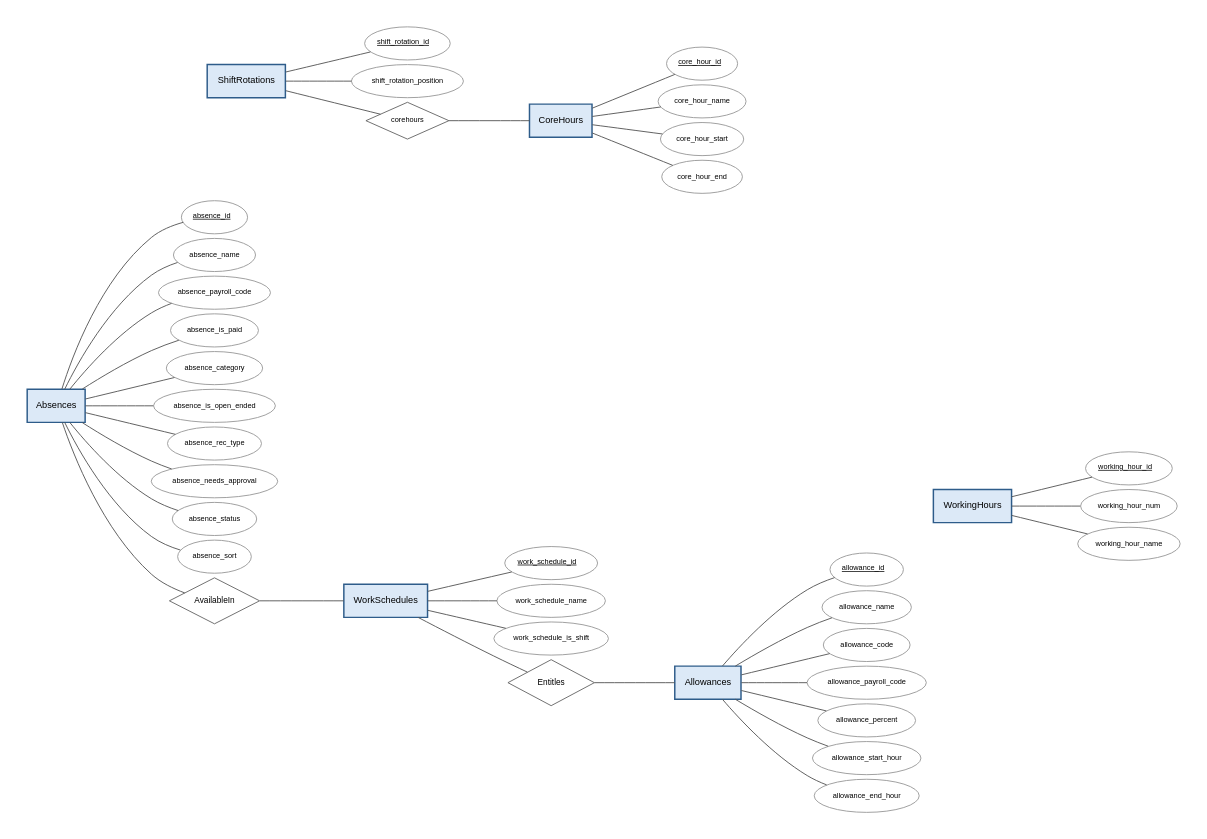
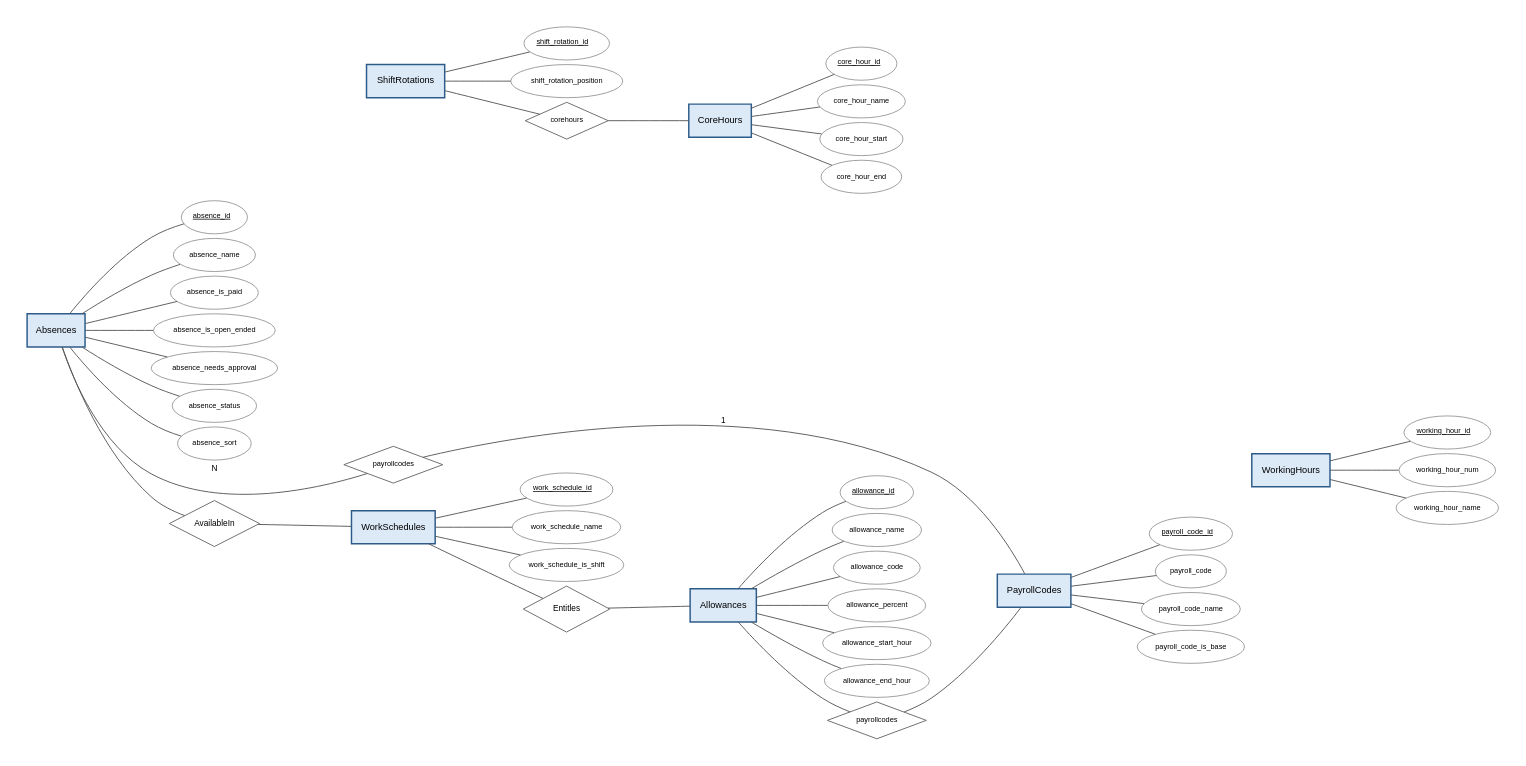
One commit to mbodigit/time_tracking_system_prototype changed the diagram in docs/diagram/er-2-munkaido-parameterek.dot. Above: the diagram before and after it, drawn with Graphviz. The commit also changed 39 other files, not shown here.

```diff
--- a/docs/diagram/er-2-munkaido-parameterek.dot
+++ b/docs/diagram/er-2-munkaido-parameterek.dot
@@ -1,85 +1,92 @@
 graph ER {
   fontname="Helvetica";
   graph [rankdir=LR, splines=spline, nodesep=0.3, ranksep=1.0, pack=true, packmode=array, bgcolor="white", pad=0.3];
   node [fontname="Helvetica", fontsize=10];
   edge [fontname="Helvetica", fontsize=9, color="#555555"];
 
   // fókuszban lévő egyedek, minden attribútummal
   "WorkSchedules" [shape=box, style="filled,bold", fillcolor="#DCE9F7", color="#2E5C8A", penwidth=1.6];
   "WorkSchedules__work_schedule_id" [shape=ellipse, style=filled, fillcolor="white", color="#999999", fontsize=8, label=<<U>work_schedule_id</U>>];
   "WorkSchedules" -- "WorkSchedules__work_schedule_id" [len=0.8, weight=4];
   "WorkSchedules__work_schedule_name" [shape=ellipse, style=filled, fillcolor="white", color="#999999", fontsize=8, label="work_schedule_name"];
   "WorkSchedules" -- "WorkSchedules__work_schedule_name" [len=0.8, weight=4];
   "WorkSchedules__work_schedule_is_shift" [shape=ellipse, style=filled, fillcolor="white", color="#999999", fontsize=8, label="work_schedule_is_shift"];
   "WorkSchedules" -- "WorkSchedules__work_schedule_is_shift" [len=0.8, weight=4];
   "WorkingHours" [shape=box, style="filled,bold", fillcolor="#DCE9F7", color="#2E5C8A", penwidth=1.6];
   "WorkingHours__working_hour_id" [shape=ellipse, style=filled, fillcolor="white", color="#999999", fontsize=8, label=<<U>working_hour_id</U>>];
   "WorkingHours" -- "WorkingHours__working_hour_id" [len=0.8, weight=4];
   "WorkingHours__working_hour_num" [shape=ellipse, style=filled, fillcolor="white", color="#999999", fontsize=8, label="working_hour_num"];
   "WorkingHours" -- "WorkingHours__working_hour_num" [len=0.8, weight=4];
   "WorkingHours__working_hour_name" [shape=ellipse, style=filled, fillcolor="white", color="#999999", fontsize=8, label="working_hour_name"];
   "WorkingHours" -- "WorkingHours__working_hour_name" [len=0.8, weight=4];
   "CoreHours" [shape=box, style="filled,bold", fillcolor="#DCE9F7", color="#2E5C8A", penwidth=1.6];
   "CoreHours__core_hour_id" [shape=ellipse, style=filled, fillcolor="white", color="#999999", fontsize=8, label=<<U>core_hour_id</U>>];
   "CoreHours" -- "CoreHours__core_hour_id" [len=0.8, weight=4];
   "CoreHours__core_hour_name" [shape=ellipse, style=filled, fillcolor="white", color="#999999", fontsize=8, label="core_hour_name"];
   "CoreHours" -- "CoreHours__core_hour_name" [len=0.8, weight=4];
   "CoreHours__core_hour_start" [shape=ellipse, style=filled, fillcolor="white", color="#999999", fontsize=8, label="core_hour_start"];
   "CoreHours" -- "CoreHours__core_hour_start" [len=0.8, weight=4];
   "CoreHours__core_hour_end" [shape=ellipse, style=filled, fillcolor="white", color="#999999", fontsize=8, label="core_hour_end"];
   "CoreHours" -- "CoreHours__core_hour_end" [len=0.8, weight=4];
   "Absences" [shape=box, style="filled,bold", fillcolor="#DCE9F7", color="#2E5C8A", penwidth=1.6];
   "Absences__absence_id" [shape=ellipse, style=filled, fillcolor="white", color="#999999", fontsize=8, label=<<U>absence_id</U>>];
   "Absences" -- "Absences__absence_id" [len=0.8, weight=4];
   "Absences__absence_name" [shape=ellipse, style=filled, fillcolor="white", color="#999999", fontsize=8, label="absence_name"];
   "Absences" -- "Absences__absence_name" [len=0.8, weight=4];
-  "Absences__absence_payroll_code" [shape=ellipse, style=filled, fillcolor="white", color="#999999", fontsize=8, label="absence_payroll_code"];
-  "Absences" -- "Absences__absence_payroll_code" [len=0.8, weight=4];
   "Absences__absence_is_paid" [shape=ellipse, style=filled, fillcolor="white", color="#999999", fontsize=8, label="absence_is_paid"];
   "Absences" -- "Absences__absence_is_paid" [len=0.8, weight=4];
-  "Absences__absence_category" [shape=ellipse, style=filled, fillcolor="white", color="#999999", fontsize=8, label="absence_category"];
-  "Absences" -- "Absences__absence_category" [len=0.8, weight=4];
   "Absences__absence_is_open_ended" [shape=ellipse, style=filled, fillcolor="white", color="#999999", fontsize=8, label="absence_is_open_ended"];
   "Absences" -- "Absences__absence_is_open_ended" [len=0.8, weight=4];
-  "Absences__absence_rec_type" [shape=ellipse, style=filled, fillcolor="white", color="#999999", fontsize=8, label="absence_rec_type"];
-  "Absences" -- "Absences__absence_rec_type" [len=0.8, weight=4];
   "Absences__absence_needs_approval" [shape=ellipse, style=filled, fillcolor="white", color="#999999", fontsize=8, label="absence_needs_approval"];
   "Absences" -- "Absences__absence_needs_approval" [len=0.8, weight=4];
   "Absences__absence_status" [shape=ellipse, style=filled, fillcolor="white", color="#999999", fontsize=8, label="absence_status"];
   "Absences" -- "Absences__absence_status" [len=0.8, weight=4];
   "Absences__absence_sort" [shape=ellipse, style=filled, fillcolor="white", color="#999999", fontsize=8, label="absence_sort"];
   "Absences" -- "Absences__absence_sort" [len=0.8, weight=4];
   "Allowances" [shape=box, style="filled,bold", fillcolor="#DCE9F7", color="#2E5C8A", penwidth=1.6];
   "Allowances__allowance_id" [shape=ellipse, style=filled, fillcolor="white", color="#999999", fontsize=8, label=<<U>allowance_id</U>>];
   "Allowances" -- "Allowances__allowance_id" [len=0.8, weight=4];
   "Allowances__allowance_name" [shape=ellipse, style=filled, fillcolor="white", color="#999999", fontsize=8, label="allowance_name"];
   "Allowances" -- "Allowances__allowance_name" [len=0.8, weight=4];
   "Allowances__allowance_code" [shape=ellipse, style=filled, fillcolor="white", color="#999999", fontsize=8, label="allowance_code"];
   "Allowances" -- "Allowances__allowance_code" [len=0.8, weight=4];
-  "Allowances__allowance_payroll_code" [shape=ellipse, style=filled, fillcolor="white", color="#999999", fontsize=8, label="allowance_payroll_code"];
-  "Allowances" -- "Allowances__allowance_payroll_code" [len=0.8, weight=4];
   "Allowances__allowance_percent" [shape=ellipse, style=filled, fillcolor="white", color="#999999", fontsize=8, label="allowance_percent"];
   "Allowances" -- "Allowances__allowance_percent" [len=0.8, weight=4];
   "Allowances__allowance_start_hour" [shape=ellipse, style=filled, fillcolor="white", color="#999999", fontsize=8, label="allowance_start_hour"];
   "Allowances" -- "Allowances__allowance_start_hour" [len=0.8, weight=4];
   "Allowances__allowance_end_hour" [shape=ellipse, style=filled, fillcolor="white", color="#999999", fontsize=8, label="allowance_end_hour"];
   "Allowances" -- "Allowances__allowance_end_hour" [len=0.8, weight=4];
   "ShiftRotations" [shape=box, style="filled,bold", fillcolor="#DCE9F7", color="#2E5C8A", penwidth=1.6];
   "ShiftRotations__shift_rotation_id" [shape=ellipse, style=filled, fillcolor="white", color="#999999", fontsize=8, label=<<U>shift_rotation_id</U>>];
   "ShiftRotations" -- "ShiftRotations__shift_rotation_id" [len=0.8, weight=4];
   "ShiftRotations__shift_rotation_position" [shape=ellipse, style=filled, fillcolor="white", color="#999999", fontsize=8, label="shift_rotation_position"];
   "ShiftRotations" -- "ShiftRotations__shift_rotation_position" [len=0.8, weight=4];
+  "PayrollCodes" [shape=box, style="filled,bold", fillcolor="#DCE9F7", color="#2E5C8A", penwidth=1.6];
+  "PayrollCodes__payroll_code_id" [shape=ellipse, style=filled, fillcolor="white", color="#999999", fontsize=8, label=<<U>payroll_code_id</U>>];
+  "PayrollCodes" -- "PayrollCodes__payroll_code_id" [len=0.8, weight=4];
+  "PayrollCodes__payroll_code" [shape=ellipse, style=filled, fillcolor="white", color="#999999", fontsize=8, label="payroll_code"];
+  "PayrollCodes" -- "PayrollCodes__payroll_code" [len=0.8, weight=4];
+  "PayrollCodes__payroll_code_name" [shape=ellipse, style=filled, fillcolor="white", color="#999999", fontsize=8, label="payroll_code_name"];
+  "PayrollCodes" -- "PayrollCodes__payroll_code_name" [len=0.8, weight=4];
+  "PayrollCodes__payroll_code_is_base" [shape=ellipse, style=filled, fillcolor="white", color="#999999", fontsize=8, label="payroll_code_is_base"];
+  "PayrollCodes" -- "PayrollCodes__payroll_code_is_base" [len=0.8, weight=4];
 
   // kapcsolatok
   "R_fk_shift_rotation_core_hour" [shape=diamond, style=filled, fillcolor="white", color="#666666", fontsize=8, label="corehours", width=1.0, height=0.55];
   "ShiftRotations" -- "R_fk_shift_rotation_core_hour" [label="N", len=2.4];
   "R_fk_shift_rotation_core_hour" -- "CoreHours" [label="1", len=2.4];
+  "R_fk_absence_payroll_code" [shape=diamond, style=filled, fillcolor="white", color="#666666", fontsize=8, label="payrollcodes", width=1.0, height=0.55];
+  "Absences" -- "R_fk_absence_payroll_code" [label="N", len=2.4];
+  "R_fk_absence_payroll_code" -- "PayrollCodes" [label="1", len=2.4];
+  "R_fk_allowance_payroll_code" [shape=diamond, style=filled, fillcolor="white", color="#666666", fontsize=8, label="payrollcodes", width=1.0, height=0.55];
+  "Allowances" -- "R_fk_allowance_payroll_code" [label="N", len=2.4];
+  "R_fk_allowance_payroll_code" -- "PayrollCodes" [label="1", len=2.4];
 
   // több-a-többhöz kapcsolatok (a relációs sémában kapcsolótábla)
   "R_AbsenceWorkSchedules" [shape=diamond, style=filled, fillcolor="white", color="#666666", fontsize=9, label="AvailableIn", width=1.3, height=0.7];
   "Absences" -- "R_AbsenceWorkSchedules" [label="M", len=2.4];
   "R_AbsenceWorkSchedules" -- "WorkSchedules" [label="N", len=2.4];
   "R_WorkScheduleAllowances" [shape=diamond, style=filled, fillcolor="white", color="#666666", fontsize=9, label="Entitles", width=1.3, height=0.7];
   "WorkSchedules" -- "R_WorkScheduleAllowances" [label="M", len=2.4];
   "R_WorkScheduleAllowances" -- "Allowances" [label="N", len=2.4];
 }
```
